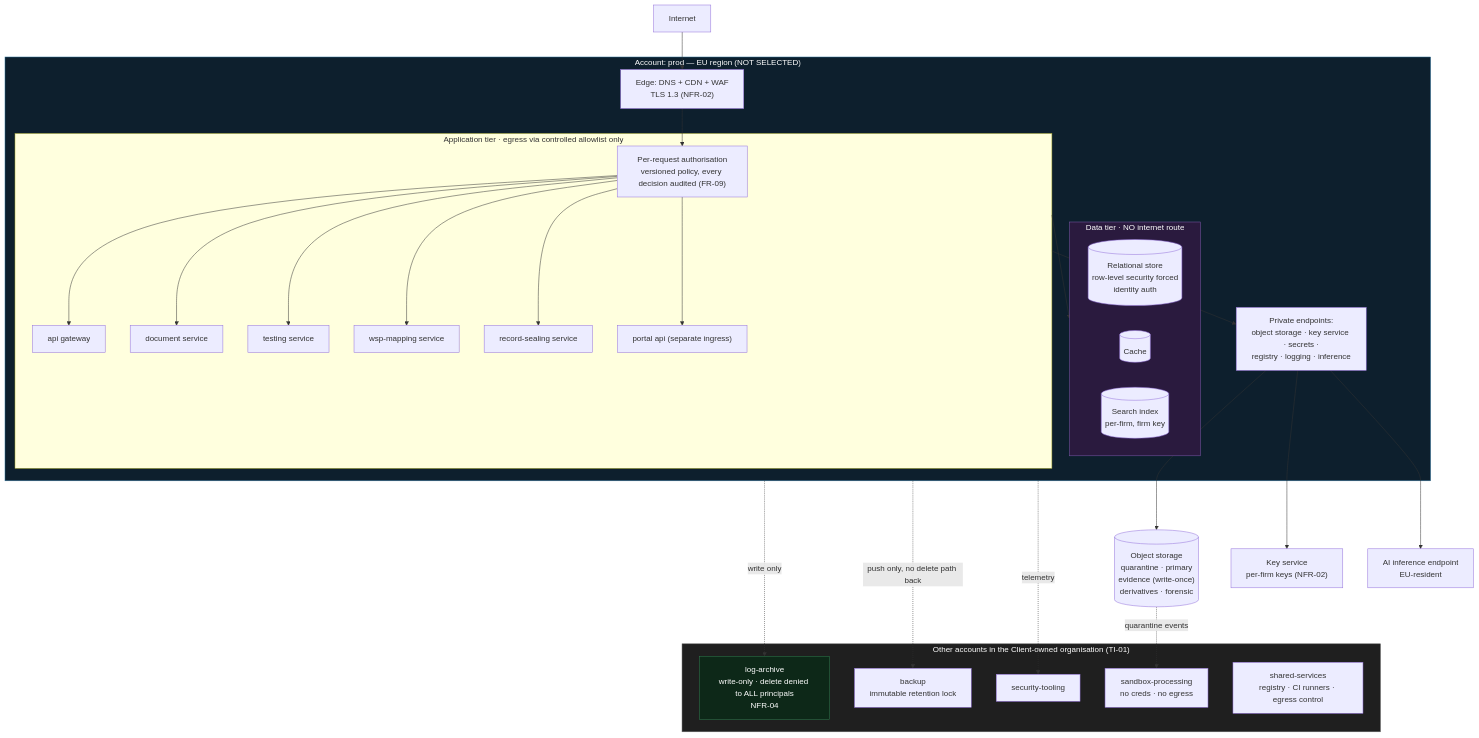
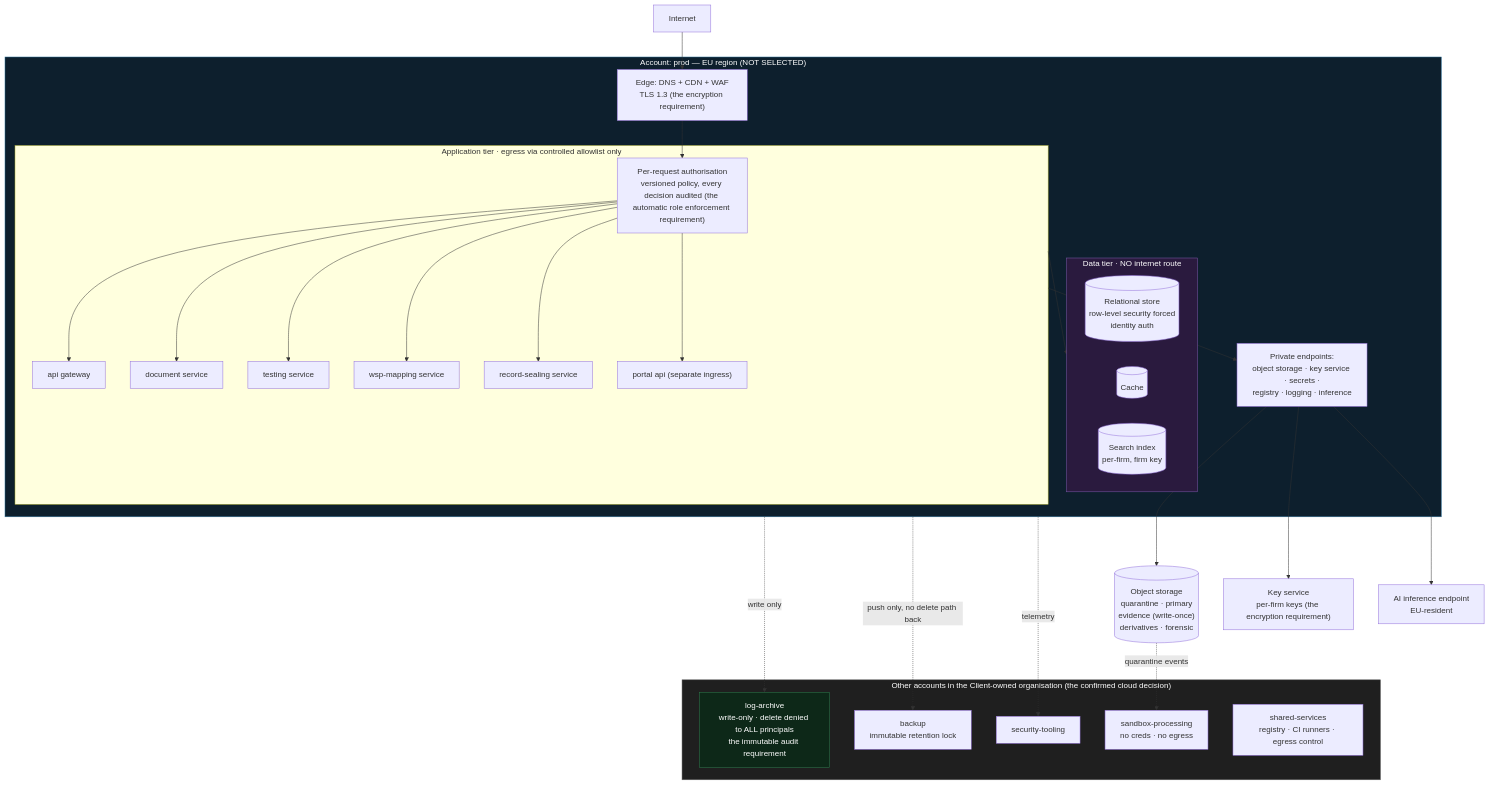
The second of 11 diagrams in docs/research/Data And Document Security/architecture-diagrams.md (sayone-tech/Compliance_iq_backend), drawn with Mermaid before and after one commit. The commit also changed other lines of this file and 39 other files, not shown here.

````diff
--- a/docs/research/Data And Document Security/architecture-diagrams.md
+++ b/docs/research/Data And Document Security/architecture-diagrams.md
@@ -59,45 +59,45 @@
 ```mermaid
 graph TB
-    NET["Internet"] --> EDGE["Edge: DNS + CDN + WAF<br/>TLS 1.3 (NFR-02)"]
+    NET["Internet"] --> EDGE["Edge: DNS + CDN + WAF<br/>TLS 1.3 (the encryption requirement)"]
 
     subgraph PROD["Account: prod — EU region (NOT SELECTED)"]
-        EDGE --> AUTHZ["Per-request authorisation<br/>versioned policy, every decision audited (FR-09)"]
+        EDGE --> AUTHZ["Per-request authorisation<br/>versioned policy, every decision audited (the automatic role enforcement requirement)"]
         subgraph APP["Application tier · egress via controlled allowlist only"]
             AUTHZ --> API["api gateway"]
             AUTHZ --> DOC["document service"]
             AUTHZ --> TST["testing service"]
             AUTHZ --> WSP["wsp-mapping service"]
             AUTHZ --> SEAL["record-sealing service"]
             AUTHZ --> PORT["portal api (separate ingress)"]
         end
         subgraph DATA["Data tier · NO internet route"]
             DB[("Relational store<br/>row-level security forced<br/>identity auth")]
             CACHE[("Cache")]
             IDX[("Search index<br/>per-firm, firm key")]
         end
         APP --> DATA
         APP --> VPE["Private endpoints:<br/>object storage · key service · secrets ·<br/>registry · logging · inference"]
     end
 
     VPE --> OBJ[("Object storage<br/>quarantine · primary<br/>evidence (write-once)<br/>derivatives · forensic")]
-    VPE --> KMS["Key service<br/>per-firm keys (NFR-02)"]
+    VPE --> KMS["Key service<br/>per-firm keys (the encryption requirement)"]
     VPE --> AI["AI inference endpoint<br/>EU-resident"]
 
-    subgraph OTHER["Other accounts in the Client-owned organisation (TI-01)"]
-        LOG["log-archive<br/>write-only · delete denied to ALL principals<br/>NFR-04"]
+    subgraph OTHER["Other accounts in the Client-owned organisation (the confirmed cloud decision)"]
+        LOG["log-archive<br/>write-only · delete denied to ALL principals<br/>the immutable audit requirement"]
         BAK["backup<br/>immutable retention lock"]
         SEC["security-tooling"]
         SND["sandbox-processing<br/>no creds · no egress"]
         SHR["shared-services<br/>registry · CI runners · egress control"]
     end
 
     PROD -.->|"write only"| LOG
     PROD -.->|"push only, no delete path back"| BAK
     PROD -.->|"telemetry"| SEC
     OBJ -.->|"quarantine events"| SND
 
     style DATA fill:#2a1a3e,stroke:#7a5aaa,color:#fff
     style PROD fill:#0d1f2d,stroke:#2a6f97,color:#fff
     style OTHER fill:#1f1f1f,stroke:#666,color:#fff
     style LOG fill:#0d2818,stroke:#2e7d4f,color:#fff
 ```
````
